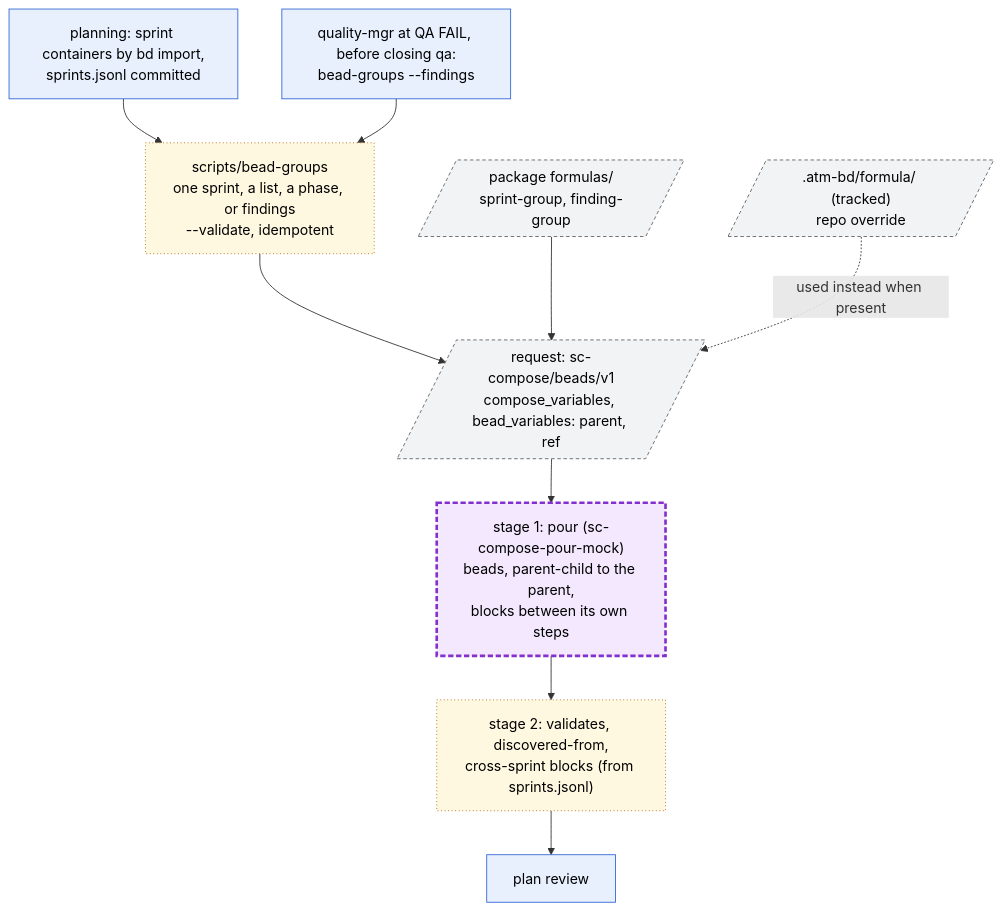
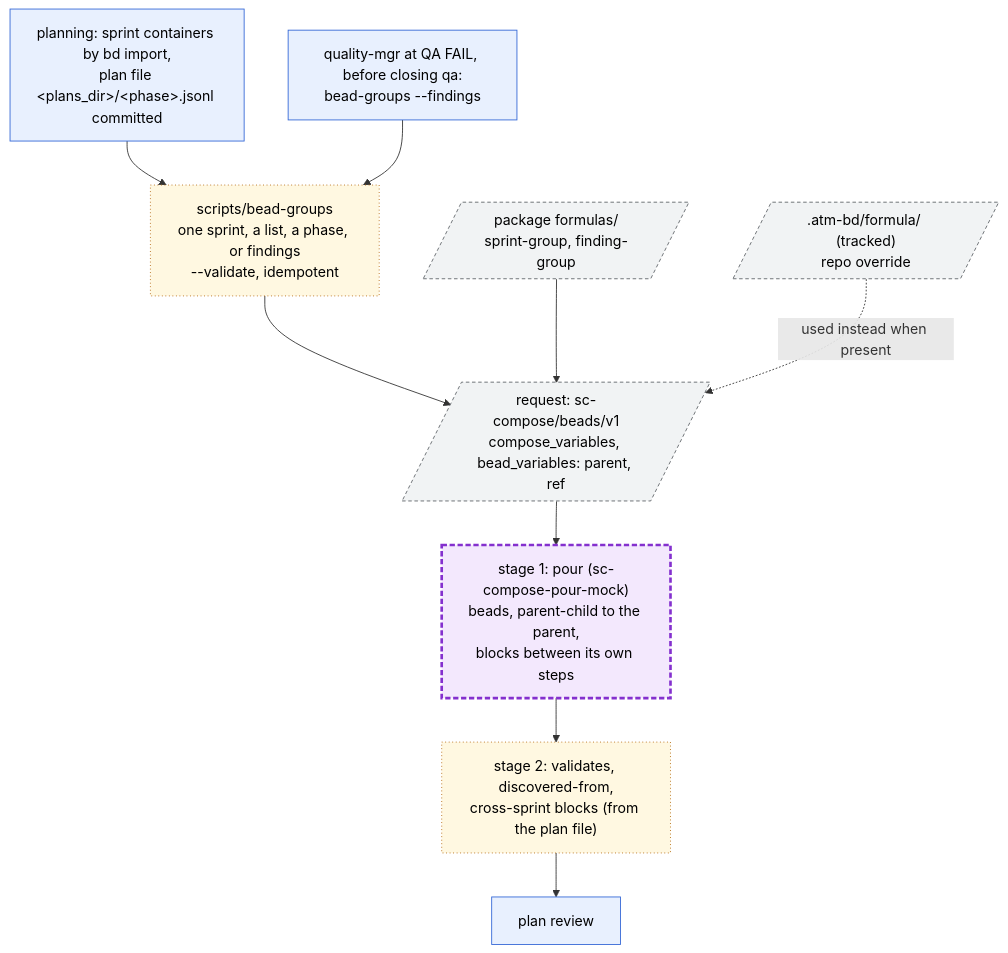
The first of 4 diagrams in docs/diagrams/formula.md (randlee/atm-bd-orchestration), drawn with Mermaid before and after one commit. The commit also changed other lines of this file and 4 other files, not shown here.

Commit message:
docs(diagrams): match the top of the stack

````diff
--- a/docs/diagrams/formula.md
+++ b/docs/diagrams/formula.md
@@ -27,26 +27,26 @@
 ```mermaid
 flowchart TB
   classDef file fill:#f1f3f4,stroke:#5f6368,stroke-dasharray:4 3,color:#000
   classDef poured fill:#f3e8fd,stroke:#8430ce,stroke-width:3px,stroke-dasharray:6 3,color:#000
   classDef post fill:#fff8e1,stroke:#b06000,stroke-dasharray:1 3,color:#000
   classDef tmpl fill:#e8f0fe,stroke:#3367d6,color:#000
 
   PKG[/"package formulas/<br/>sprint-group, finding-group"/]:::file
   OVR[/".atm-bd/formula/ (tracked)<br/>repo override"/]:::file
-  PLAN["planning: sprint containers by bd import,<br/>sprints.jsonl committed"]:::tmpl
+  PLAN["planning: sprint containers by bd import,<br/>plan file #lt;plans_dir#gt;/#lt;phase#gt;.jsonl committed"]:::tmpl
   QM["quality-mgr at QA FAIL, before closing qa:<br/>bead-groups --findings"]:::tmpl
   BG["scripts/bead-groups<br/>one sprint, a list, a phase, or findings<br/>--validate, idempotent"]:::post
   REQ[/"request: sc-compose/beads/v1<br/>compose_variables, bead_variables: parent, ref"/]:::file
   POUR["stage 1: pour (sc-compose-pour-mock)<br/>beads, parent-child to the parent,<br/>blocks between its own steps"]:::poured
-  PP["stage 2: validates, discovered-from,<br/>cross-sprint blocks (from sprints.jsonl)"]:::post
+  PP["stage 2: validates, discovered-from,<br/>cross-sprint blocks (from the plan file)"]:::post
   REVIEW["plan review"]:::tmpl
 
   PLAN --> BG
   QM --> BG
   BG --> REQ
   PKG --> REQ
   OVR -. "used instead when present" .-> REQ
   REQ --> POUR
   POUR --> PP
   PP --> REVIEW
 ```
````
